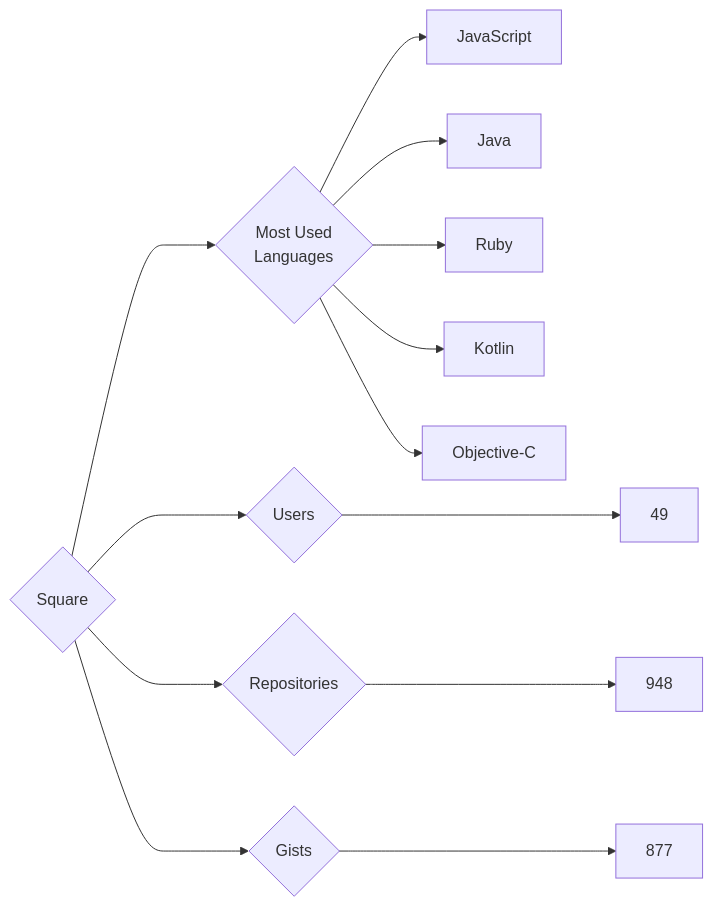
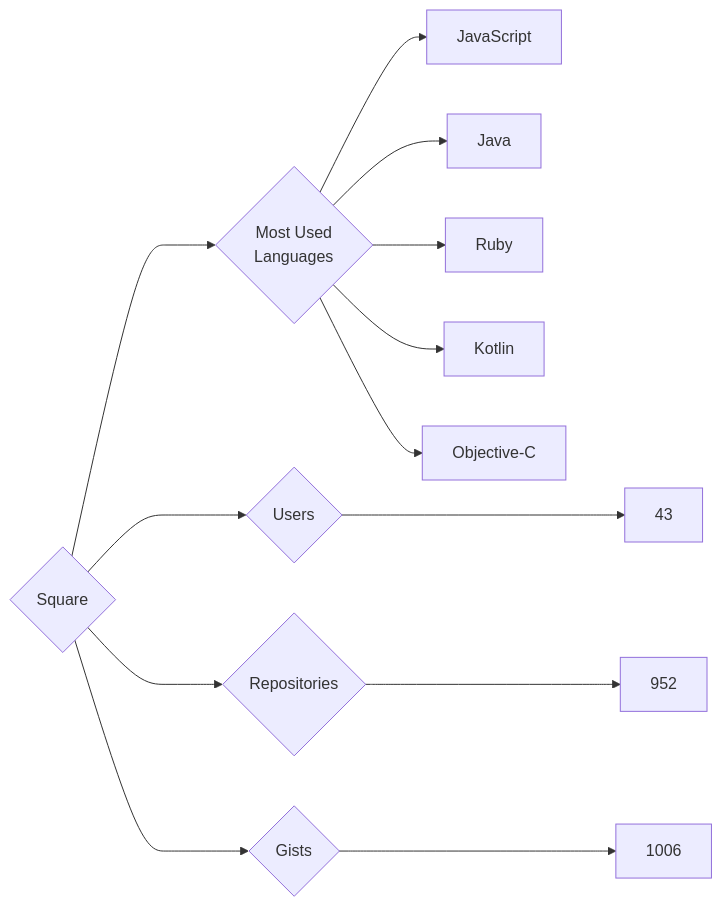
One commit to trickest/insiders changed the diagram in targets/Square/README.md. Above: the diagram before and after it, drawn with Mermaid. The commit also changed 955 other files, not shown here.

````diff
--- a/targets/Square/README.md
+++ b/targets/Square/README.md
@@ -3,13 +3,13 @@
 ```mermaid
 graph LR
 COMPANY_NAME{Square}
-COMPANY_NAME ---> U{Users} ---> UN[49]
-COMPANY_NAME ---> R{Repositories} ---> RN[948]
-COMPANY_NAME ---> G{Gists} ---> GN[877]
+COMPANY_NAME ---> U{Users} ---> UN[43]
+COMPANY_NAME ---> R{Repositories} ---> RN[952]
+COMPANY_NAME ---> G{Gists} ---> GN[1006]
 COMPANY_NAME ---> ML{Most Used<br>Languages}
 ML --> JavaScript[JavaScript]
 ML --> Java[Java]
 ML --> Ruby[Ruby]
 ML --> Kotlin[Kotlin]
 ML --> Objective-C[Objective-C]
 ```
````
